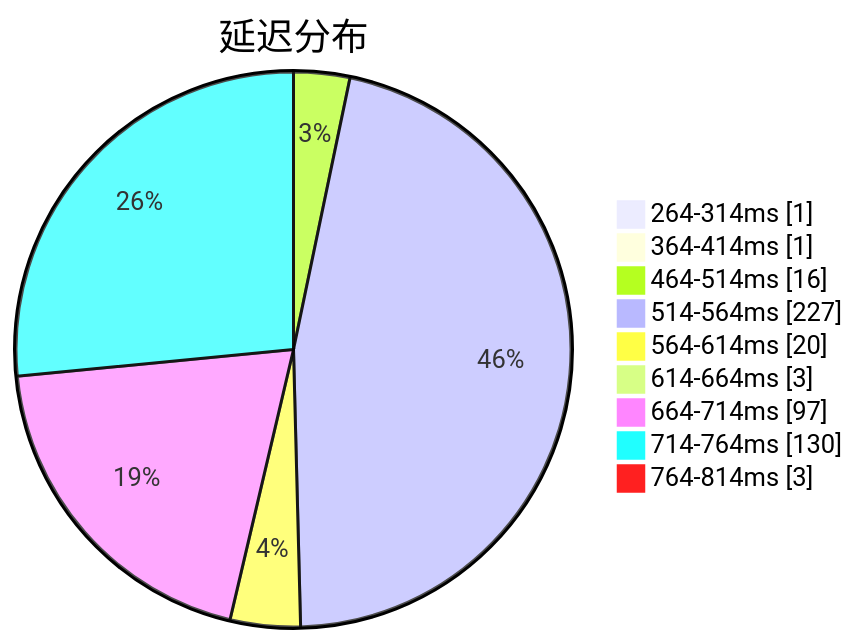
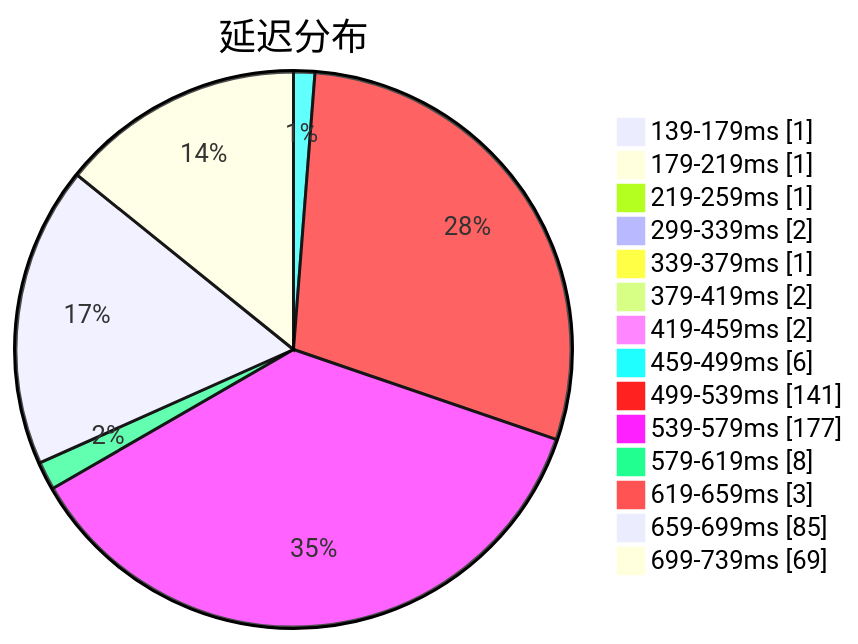
One commit to sinspired/airport changed the first of 3 diagrams in subs/statistics/tested_within.md. Above: the diagram before and after it, drawn with Mermaid. The commit also changed other lines of this file and 2 other files, not shown here.

````diff
--- a/subs/statistics/tested_within.md
+++ b/subs/statistics/tested_within.md
@@ -2,13 +2,18 @@
 ```mermaid
 pie showData
 title 延迟分布
-"264-314ms" : 1
-"364-414ms" : 1
-"464-514ms" : 16
-"514-564ms" : 227
-"564-614ms" : 20
-"614-664ms" : 3
-"664-714ms" : 97
-"714-764ms" : 130
-"764-814ms" : 3
+"139-179ms" : 1
+"179-219ms" : 1
+"219-259ms" : 1
+"299-339ms" : 2
+"339-379ms" : 1
+"379-419ms" : 2
+"419-459ms" : 2
+"459-499ms" : 6
+"499-539ms" : 141
+"539-579ms" : 177
+"579-619ms" : 8
+"619-659ms" : 3
+"659-699ms" : 85
+"699-739ms" : 69
 ```
````
